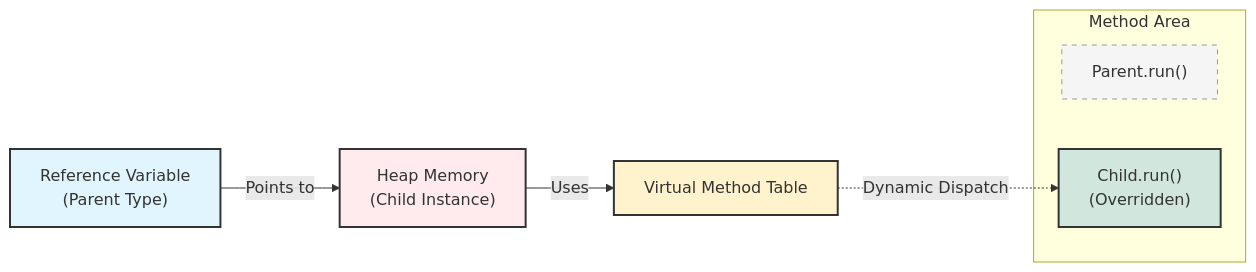
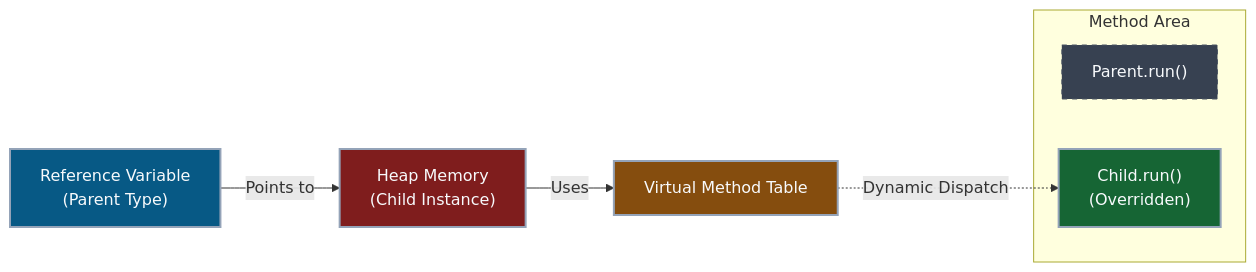
The first of 2 diagrams in _posts/java/05-Inheritance/2026-01-03-메서드-오버라이딩.md (Kang-Hyesung/kang-hyesung.github.io), drawn with Mermaid before and after one commit. The commit also changed 74 other files, not shown here.

Commit message:
docs: update post visibility and mermaid colors

````diff
--- a/_posts/java/05-Inheritance/2026-01-03-메서드-오버라이딩.md
+++ b/_posts/java/05-Inheritance/2026-01-03-메서드-오버라이딩.md
@@ -33,20 +33,20 @@
 ```mermaid
 graph LR
     Ref["Reference Variable<br>(Parent Type)"] -->|Points to| Heap["Heap Memory<br>(Child Instance)"]
     Heap -->|Uses| VTable["Virtual Method Table"]
     
     subgraph MethodArea [Method Area]
         P_Method["Parent.run()"]
         C_Method["Child.run()<br>(Overridden)"]
     end
 
     VTable -.->|Dynamic Dispatch| C_Method
     
     %% 스타일 정의
-    style Ref fill:#e1f5fe,stroke:#333,stroke-width:2px
-    style Heap fill:#ffebee,stroke:#333,stroke-width:2px
-    style VTable fill:#fff3cd,stroke:#333,stroke-width:2px
-    style C_Method fill:#d1e7dd,stroke:#333,stroke-width:2px
-    style P_Method fill:#f5f5f5,stroke:#999,stroke-dasharray: 5 5
+    style Ref fill:#075985,stroke:#94a3b8,stroke-width:2px,color:#f8fafc
+    style Heap fill:#7f1d1d,stroke:#94a3b8,stroke-width:2px,color:#f8fafc
+    style VTable fill:#854d0e,stroke:#94a3b8,stroke-width:2px,color:#f8fafc
+    style C_Method fill:#166534,stroke:#94a3b8,stroke-width:2px,color:#f8fafc
+    style P_Method fill:#374151,stroke:#4b5563,stroke-dasharray: 5 5,color:#f8fafc
 
 ```
````
